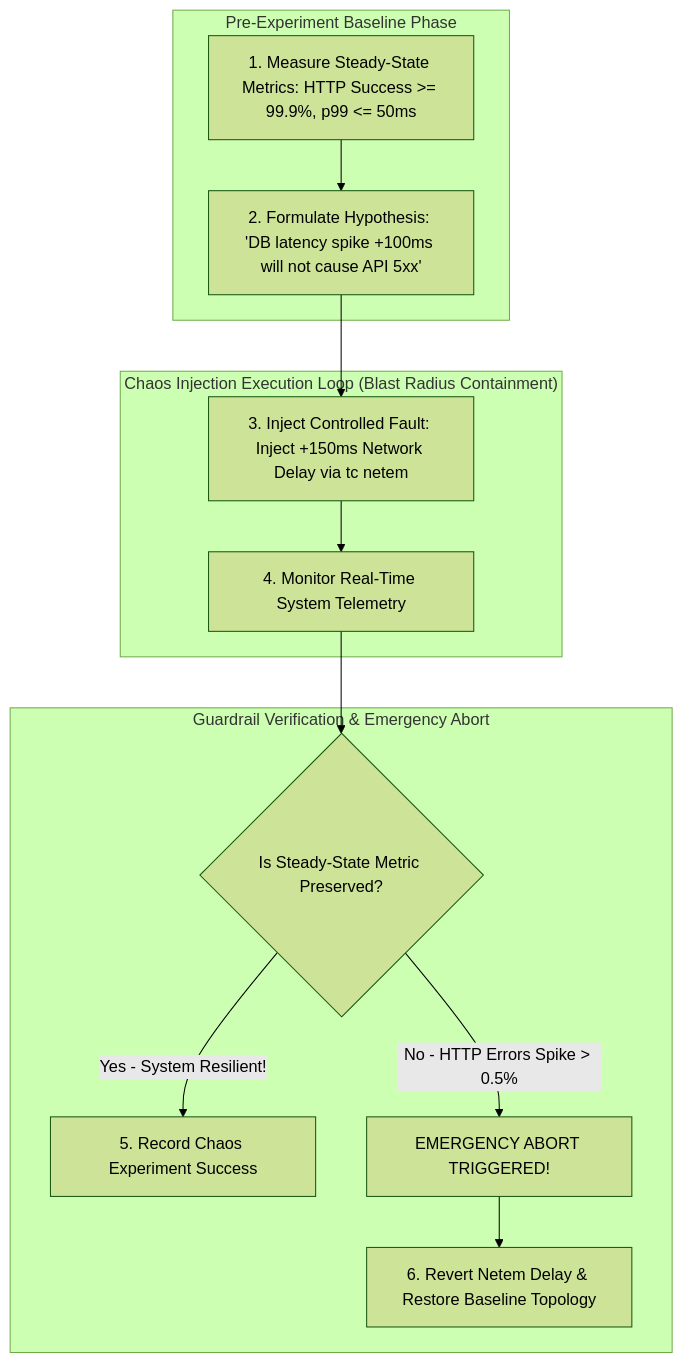
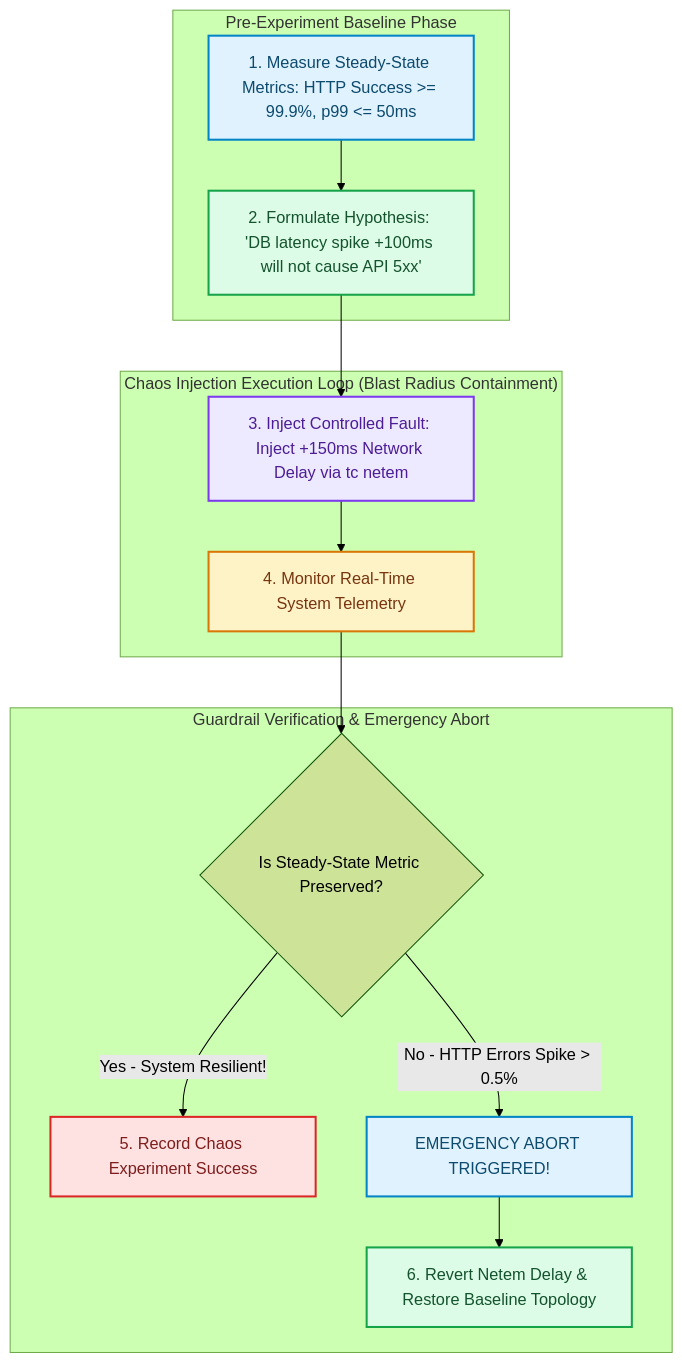
The diagram in blog/posts/chaos-engineering-principles-automated-failure-injection.md (akmalkhaniub/akmalkhaniub.github.io), drawn with Mermaid (forest theme) before and after one commit. The commit also changed other lines of this file and 1291 other files, not shown here.

First line of the commit message:
feat(catalog): unique covers, scholarly references, and diagram palettes

````diff
--- a/blog/posts/chaos-engineering-principles-automated-failure-injection.md
+++ b/blog/posts/chaos-engineering-principles-automated-failure-injection.md
@@ -19,20 +19,31 @@
 ```mermaid
 flowchart TD
   subgraph SG1_PreExperimentBaseline ["Pre-Experiment Baseline Phase"]
-    SteadyState[1. Measure Steady-State Metrics: HTTP Success >= 99.9%, p99 <= 50ms] --> Hypothesis[2. Formulate Hypothesis: 'DB latency spike +100ms will not cause API 5xx']
+    SteadyState["1. Measure Steady-State Metrics: HTTP Success >= 99.9%, p99 <= 50ms"] --> Hypothesis["2. Formulate Hypothesis: 'DB latency spike +100ms will not cause API 5xx'"]
   end
   
   subgraph SG2_ChaosInjectionExecution ["Chaos Injection Execution Loop (Blast Radius Containment)"]
-    Hypothesis --> Injector[3. Inject Controlled Fault: Inject +150ms Network Delay via tc netem]
+    Hypothesis --> Injector["3. Inject Controlled Fault: Inject +150ms Network Delay via tc netem"]
     
-    Injector --> Monitor[4. Monitor Real-Time System Telemetry]
+    Injector --> Monitor["4. Monitor Real-Time System Telemetry"]
   end
   
   subgraph SG3_GuardrailVerificationEmergency ["Guardrail Verification & Emergency Abort"]
     Monitor --> GuardrailCheck{Is Steady-State Metric Preserved?}
-    GuardrailCheck -->|Yes - System Resilient!| Pass[5. Record Chaos Experiment Success]
-    GuardrailCheck -->|No - HTTP Errors Spike > 0.5%| EmergencyAbort[ EMERGENCY ABORT TRIGGERED!]
+    GuardrailCheck -->|Yes - System Resilient!| Pass["5. Record Chaos Experiment Success"]
+    GuardrailCheck -->|No - HTTP Errors Spike > 0.5%| EmergencyAbort[" EMERGENCY ABORT TRIGGERED!"]
     
-    EmergencyAbort --> Rollback[6. Revert Netem Delay & Restore Baseline Topology]
+    EmergencyAbort --> Rollback["6. Revert Netem Delay & Restore Baseline Topology"]
   end
+
+classDef green fill:#dcfce7,stroke:#16a34a,stroke-width:2px,color:#14532d;
+classDef red fill:#fee2e2,stroke:#dc2626,stroke-width:2px,color:#7f1d1d;
+classDef blue fill:#e0f2fe,stroke:#0284c7,stroke-width:2px,color:#0c4a6e;
+classDef yellow fill:#fef3c7,stroke:#d97706,stroke-width:2px,color:#78350f;
+classDef purple fill:#ede9fe,stroke:#7c3aed,stroke-width:2px,color:#4c1d95;
+class SteadyState,EmergencyAbort blue
+class Hypothesis,Rollback green
+class Injector purple
+class Monitor yellow
+class Pass red
 ```
````
